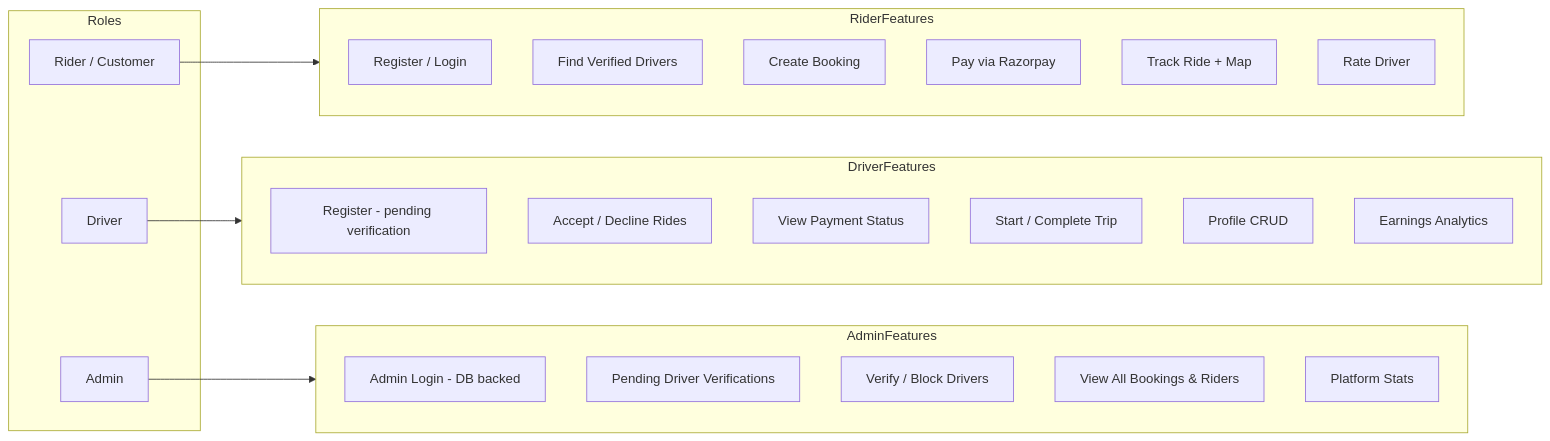
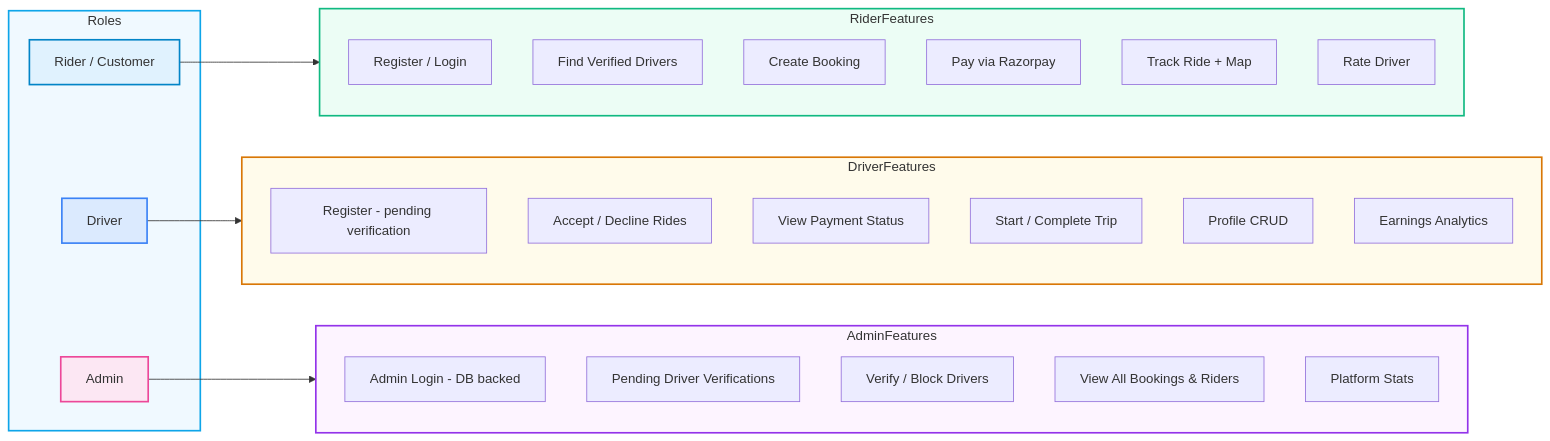
One commit to maheshshinde9100/LocalCab changed the fourth of 8 diagrams in README.md. Above: the diagram before and after it, drawn with Mermaid. The commit also changed other lines of this file and 2 other files, not shown here.

````diff
--- a/README.md
+++ b/README.md
@@ -127,38 +158,45 @@
 ```mermaid
 graph LR
     subgraph Roles
+        style Roles fill:#f0f9ff,stroke:#0ea5e9,stroke-width:2px
         R[Rider / Customer]
+        style R fill:#e0f2fe,stroke:#0284c7,stroke-width:2px
         DR[Driver]
+        style DR fill:#dbeafe,stroke:#3b82f6,stroke-width:2px
         AD[Admin]
+        style AD fill:#fce7f3,stroke:#ec4899,stroke-width:2px
     end
 
     subgraph RiderFeatures
+        style RiderFeatures fill:#ecfdf5,stroke:#10b981,stroke-width:2px
         R1[Register / Login]
         R2[Find Verified Drivers]
         R3[Create Booking]
         R4[Pay via Razorpay]
         R5[Track Ride + Map]
         R6[Rate Driver]
     end
 
     subgraph DriverFeatures
+        style DriverFeatures fill:#fffbeb,stroke:#d97706,stroke-width:2px
         D1[Register - pending verification]
         D2[Accept / Decline Rides]
         D3[View Payment Status]
         D4[Start / Complete Trip]
         D5[Profile CRUD]
         D6[Earnings Analytics]
     end
 
     subgraph AdminFeatures
+        style AdminFeatures fill:#fdf4ff,stroke:#9333ea,stroke-width:2px
         A1[Admin Login - DB backed]
         A2[Pending Driver Verifications]
         A3[Verify / Block Drivers]
         A4[View All Bookings & Riders]
         A5[Platform Stats]
     end
 
     R --> RiderFeatures
     DR --> DriverFeatures
     AD --> AdminFeatures
 ```
````
